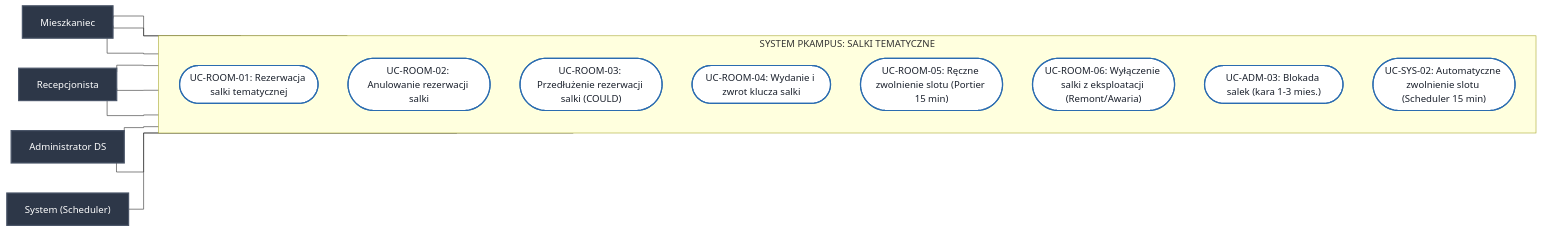
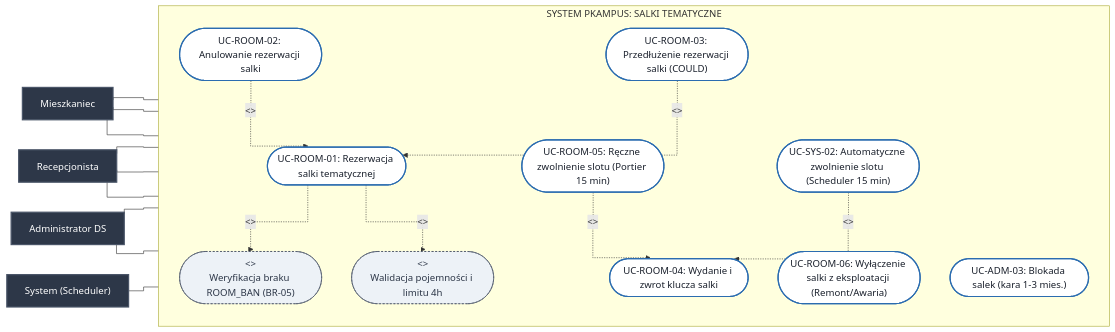
Before and after one commit to Buczy8/PKampus: the fifth of 9 diagrams in Docs/Diagramy_Przypadkow_Uzycia.md, drawn with Mermaid. The commit also changed other lines of this file and 2 other files, not shown here.

Commit message:
docs: add state machine diagrams for user account, laundry booking, room booking, issue reporting, and sanctions lifecycle

````diff
--- a/Docs/Diagramy_Przypadkow_Uzycia.md
+++ b/Docs/Diagramy_Przypadkow_Uzycia.md
@@ -149,35 +187,45 @@
 ```mermaid
 %%{init: {'flowchart': {'curve': 'stepBefore'}}}%%
 flowchart LR
     classDef actorStyle fill:#2d3748,stroke:#4a5568,stroke-width:2px,color:#fff;
     classDef ucStyle fill:#fff,stroke:#2b6cb0,stroke-width:2px,color:#1a202c;
+    classDef subUcStyle fill:#edf2f7,stroke:#4a5568,stroke-width:1px,stroke-dasharray: 3 3,color:#2d3748;
 
     Student["Mieszkaniec"]:::actorStyle
 
     subgraph System_Rooms ["SYSTEM PKAMPUS: SALKI TEMATYCZNE"]
         direction TB
         UC_ROOM_01(["UC-ROOM-01: Rezerwacja salki tematycznej"]):::ucStyle
+        UC_INC_SANCTION(["<<include>><br/>Weryfikacja braku ROOM_BAN (BR-05)"]):::subUcStyle
+        UC_INC_CAPACITY(["<<include>><br/>Walidacja pojemności i limitu 4h"]):::subUcStyle
         UC_ROOM_02(["UC-ROOM-02: Anulowanie rezerwacji salki"]):::ucStyle
         UC_ROOM_03(["UC-ROOM-03: Przedłużenie rezerwacji salki (COULD)"]):::ucStyle
         UC_ROOM_04(["UC-ROOM-04: Wydanie i zwrot klucza salki"]):::ucStyle
         UC_ROOM_05(["UC-ROOM-05: Ręczne zwolnienie slotu (Portier 15 min)"]):::ucStyle
         UC_ROOM_06(["UC-ROOM-06: Wyłączenie salki z eksploatacji (Remont/Awaria)"]):::ucStyle
         UC_ADM_03(["UC-ADM-03: Blokada salek (kara 1-3 mies.)"]):::ucStyle
         UC_SYS_02(["UC-SYS-02: Automatyczne zwolnienie slotu (Scheduler 15 min)"]):::ucStyle
+
+        UC_ROOM_01 -.->|"<<include>>"| UC_INC_SANCTION
+        UC_ROOM_01 -.->|"<<include>>"| UC_INC_CAPACITY
+        UC_ROOM_02 -.->|"<<extend>>"| UC_ROOM_01
+        UC_ROOM_03 -.->|"<<extend>>"| UC_ROOM_01
+        UC_ROOM_05 -.->|"<<extend>>"| UC_ROOM_04
+        UC_SYS_02 -.->|"<<extend>>"| UC_ROOM_04
     end
 
     Portier["Recepcjonista"]:::actorStyle
     AdminDS["Administrator DS"]:::actorStyle
     Sys["System (Scheduler)"]:::actorStyle
 
     Student --- UC_ROOM_01
     Student --- UC_ROOM_02
     Student --- UC_ROOM_03
 
     Portier --- UC_ROOM_04
     Portier --- UC_ROOM_05
     Portier --- UC_ROOM_06
     AdminDS --- UC_ROOM_06
     AdminDS --- UC_ADM_03
     Sys --- UC_SYS_02
 ```
````
